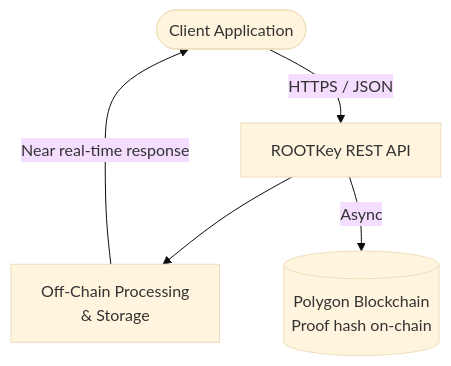
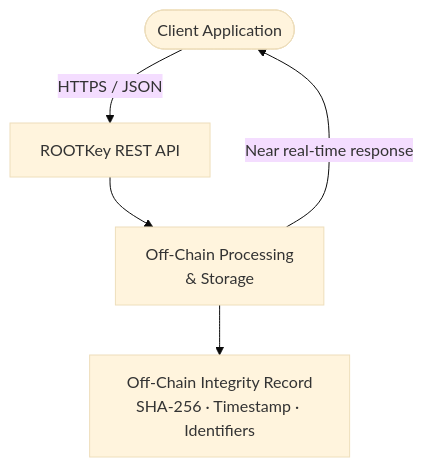
One commit to ROOT-Key/docs changed the diagram in pages/protocols/rkp-2-off-chain.mdx. Above: the diagram before and after it, drawn with Mermaid (base theme). The commit also changed other lines of this file and 27 other files, not shown here.

````diff
--- a/pages/protocols/rkp-2-off-chain.mdx
+++ b/pages/protocols/rkp-2-off-chain.mdx
@@ -21,7 +25,7 @@
 ```mermaid
 flowchart TD
     A([Client Application]) -->|HTTPS / JSON| B[ROOTKey REST API]
     B --> C[Off-Chain Processing\n& Storage]
-    B -->|Async| D[(Polygon Blockchain\nProof hash on-chain)]
+    C --> D[Off-Chain Integrity Record\nSHA-256 · Timestamp · Identifiers]
     C -->|Near real-time response| A
 ```
````
